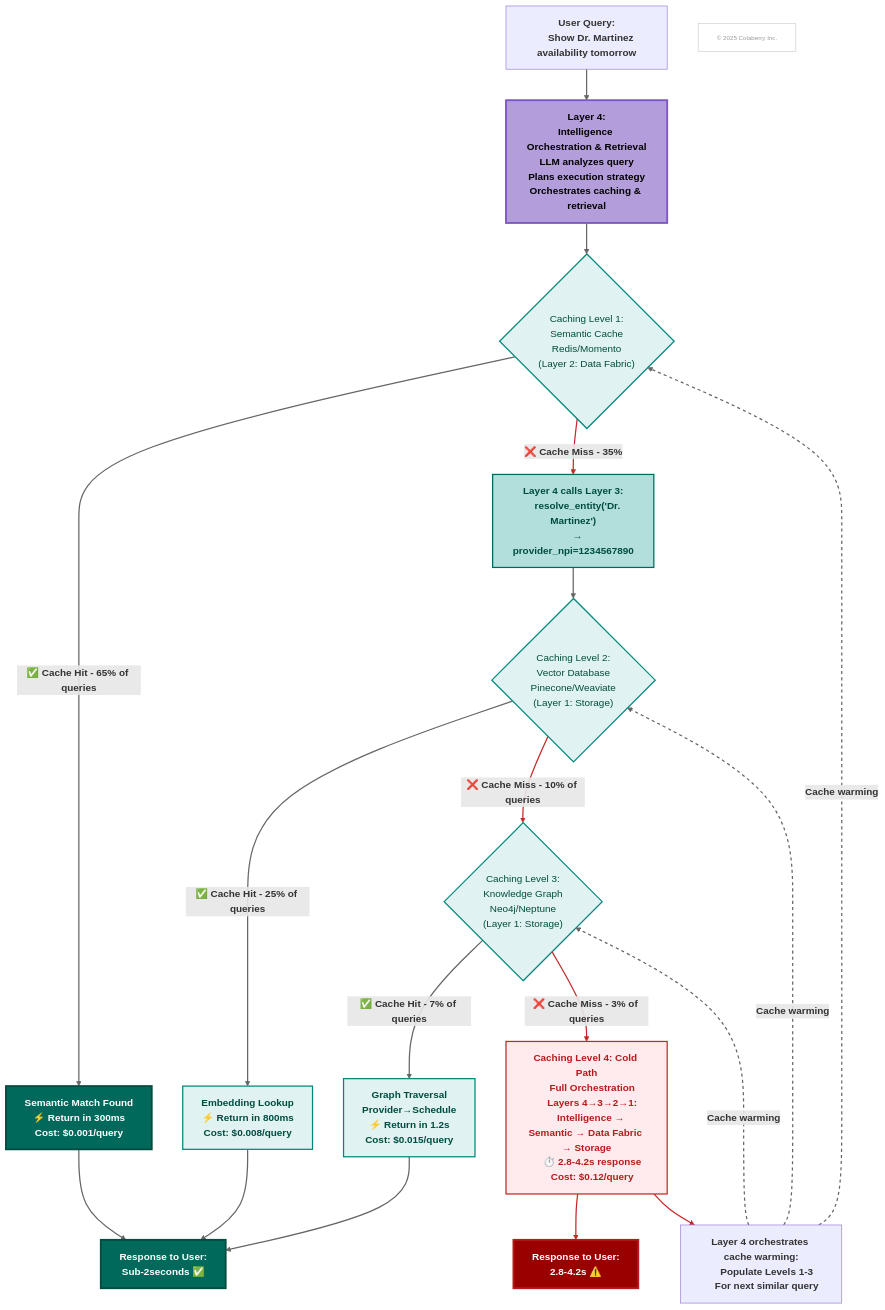
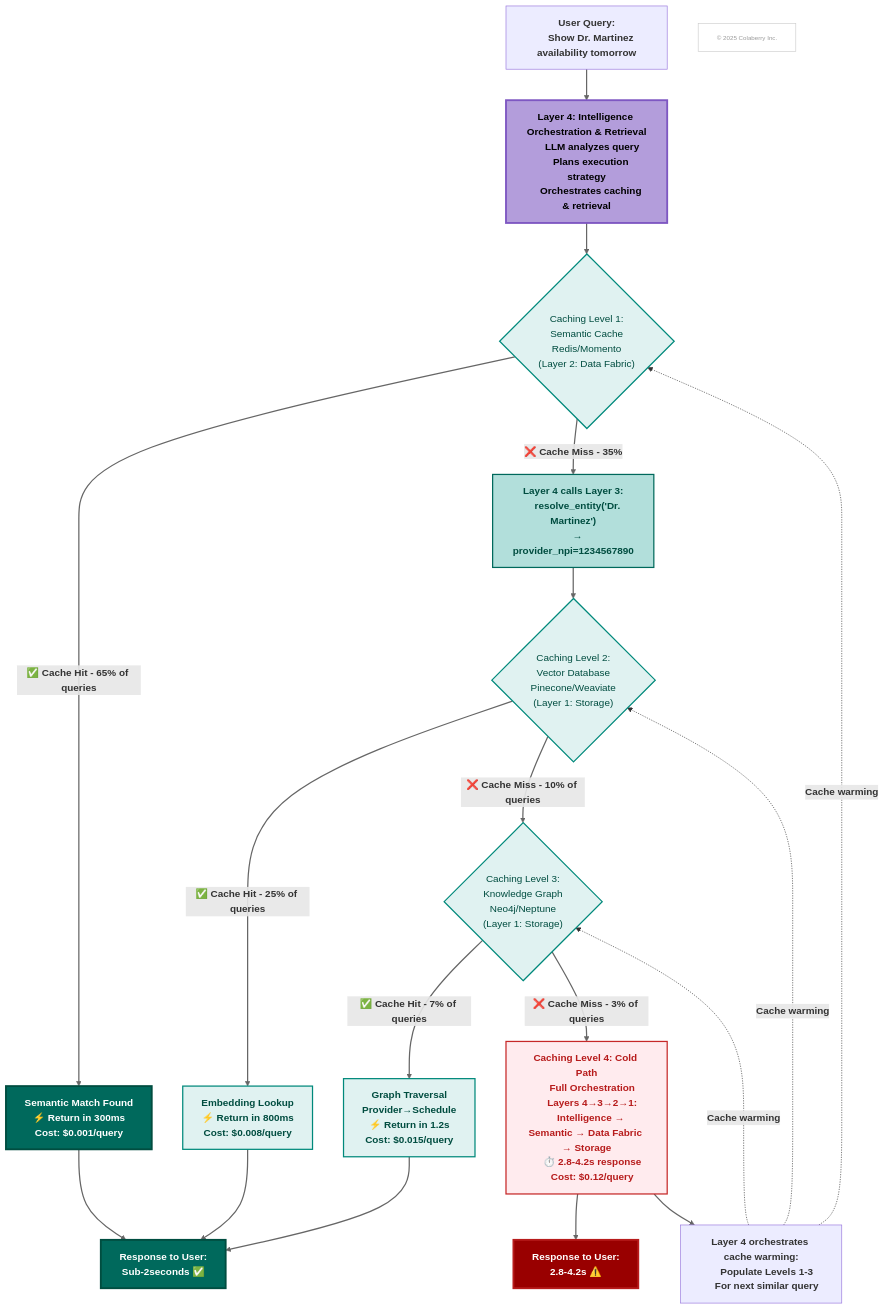
The fifth of 11 diagrams in chapter-02/chapter_2_complete.md (colaberry/enterprise-data-readiness-ai-agents), drawn with Mermaid before and after one commit. The commit also changed other lines of this file, not shown here.

````diff
--- a/chapter-02/chapter_2_complete.md
+++ b/chapter-02/chapter_2_complete.md
@@ -741,52 +727,66 @@
 graph TD
     Q["<b>User Query:
     Show Dr. Martinez availability tomorrow</b>"]
-    Q --> L4["<b>Layer 4:</b><br/><b>Intelligence Orchestration & Retrieval</b><br/><b>LLM analyzes query</b><br/><b>Plans execution strategy</b><br/><b>Orchestrates caching & retrieval</b>"]
+    
+    Q --> L4["<b>Layer 4: Intelligence Orchestration & Retrieval
+    LLM analyzes query
+    Plans execution strategy
+    Orchestrates caching & retrieval</b>"]
+    
     L4 --> L1{"Caching Level 1:
     Semantic Cache
     Redis/Momento
     (Layer 2: Data Fabric)"}
+    
     L1 -->|<b>✅ Cache Hit - 65% of queries</b>| C1["<b>Semantic Match Found
     ⚡ Return in 300ms
     Cost: $0.001/query</b>"]
+    
     L1 -->|<b>❌ Cache Miss - 35%</b>| RESOLVE["<b>Layer 4 calls Layer 3:
     resolve_entity('Dr. Martinez')
     → provider_npi=1234567890</b>"]
+    
     RESOLVE --> L2{"Caching Level 2:
     Vector Database
     Pinecone/Weaviate
     (Layer 1: Storage)"}
+    
     L2 -->|<b>✅ Cache Hit - 25% of queries</b>| C2["<b>Embedding Lookup
     ⚡ Return in 800ms
     Cost: $0.008/query</b>"]
+    
     L2 -->|<b>❌ Cache Miss - 10% of queries</b>| L3{"Caching Level 3:
     Knowledge Graph
     Neo4j/Neptune
     (Layer 1: Storage)"}
+    
     L3 -->|<b>✅ Cache Hit - 7% of queries</b>| C3["<b>Graph Traversal
     Provider→Schedule
     ⚡ Return in 1.2s
     Cost: $0.015/query</b>"]
+    
     L3 -->|<b>❌ Cache Miss - 3% of queries</b>| COLD["<b>Caching Level 4: Cold Path
     Full Orchestration
     Layers 4→3→2→1:
     Intelligence → Semantic → Data Fabric → Storage
     ⏱️ 2.8-4.2s response
     Cost: $0.12/query</b>"]
+    
     C1 --> R["<b>Response to User:
     Sub-2seconds ✅</b>"]
     C2 --> R
     C3 --> R
     COLD --> SLOW["<b>Response to User:
     2.8-4.2s ⚠️</b>"]
+    
     COLD --> U["<b>Layer 4 orchestrates cache warming:
     Populate Levels 1-3
     For next similar query</b>"]
+    
     U -.->|<b>Cache warming</b>| L1
     U -.->|<b>Cache warming</b>| L2
     U -.->|<b>Cache warming</b>| L3
-    COPYRIGHT["© 2025 Colaberry Inc."]
-
+    
     style L4 fill:#b39ddb,stroke:#7e57c2,stroke-width:3px,color:#000000
     style RESOLVE fill:#b2dfdb,stroke:#00695c,stroke-width:2px,color:#004d40
     style C1 fill:#00695c,color:#ffffff,stroke:#004d40,stroke-width:3px
@@ -795,26 +795,26 @@
     style COLD fill:#ffebee,stroke:#c62828,stroke-width:2px,color:#b71c1c
     style R fill:#00695c,color:#ffffff,stroke:#004d40,stroke-width:3px
     style SLOW fill:#990000,color:#ffffff,stroke:#b71c1c,stroke-width:3px
+    
     style L1 fill:#e0f2f1,stroke:#00897b,stroke-width:2px,color:#004d40
     style L2 fill:#e0f2f1,stroke:#00897b,stroke-width:2px,color:#004d40
     style L3 fill:#e0f2f1,stroke:#00897b,stroke-width:2px,color:#004d40
+    
+    COPYRIGHT["© 2025 Colaberry Inc."]
     style COPYRIGHT fill:#ffffff,stroke:#cccccc,stroke-width:1px,color:#999999,font-size:10px
 
     linkStyle 0 stroke:#666666,stroke-width:2px
     linkStyle 1 stroke:#666666,stroke-width:2px
     linkStyle 2 stroke:#666666,stroke-width:2px
-    linkStyle 3 stroke:#c62828,stroke-width:2px
+    linkStyle 3 stroke:#666666,stroke-width:2px
     linkStyle 4 stroke:#666666,stroke-width:2px
     linkStyle 5 stroke:#666666,stroke-width:2px
-    linkStyle 6 stroke:#c62828,stroke-width:2px
+    linkStyle 6 stroke:#666666,stroke-width:2px
     linkStyle 7 stroke:#666666,stroke-width:2px
-    linkStyle 8 stroke:#c62828,stroke-width:2px
+    linkStyle 8 stroke:#666666,stroke-width:2px
     linkStyle 9 stroke:#666666,stroke-width:2px
     linkStyle 10 stroke:#666666,stroke-width:2px
     linkStyle 11 stroke:#666666,stroke-width:2px
-    linkStyle 12 stroke:#c62828,stroke-width:2px
-    linkStyle 13 stroke:#c62828,stroke-width:2px
-    linkStyle 14 stroke:#666666,stroke-width:2px,stroke-dasharray:5
-    linkStyle 15 stroke:#666666,stroke-width:2px,stroke-dasharray:5
-    linkStyle 16 stroke:#666666,stroke-width:2px,stroke-dasharray:5
+    linkStyle 12 stroke:#666666,stroke-width:2px
+    linkStyle 13 stroke:#666666,stroke-width:2px
 ```
````
